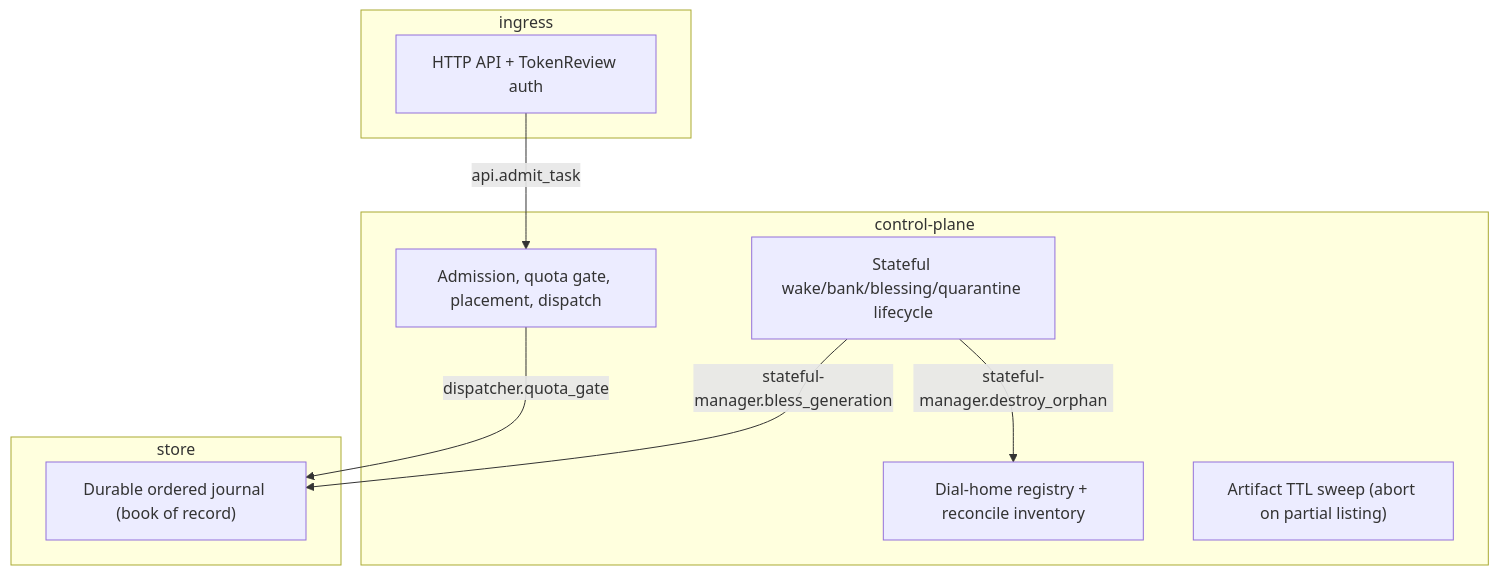
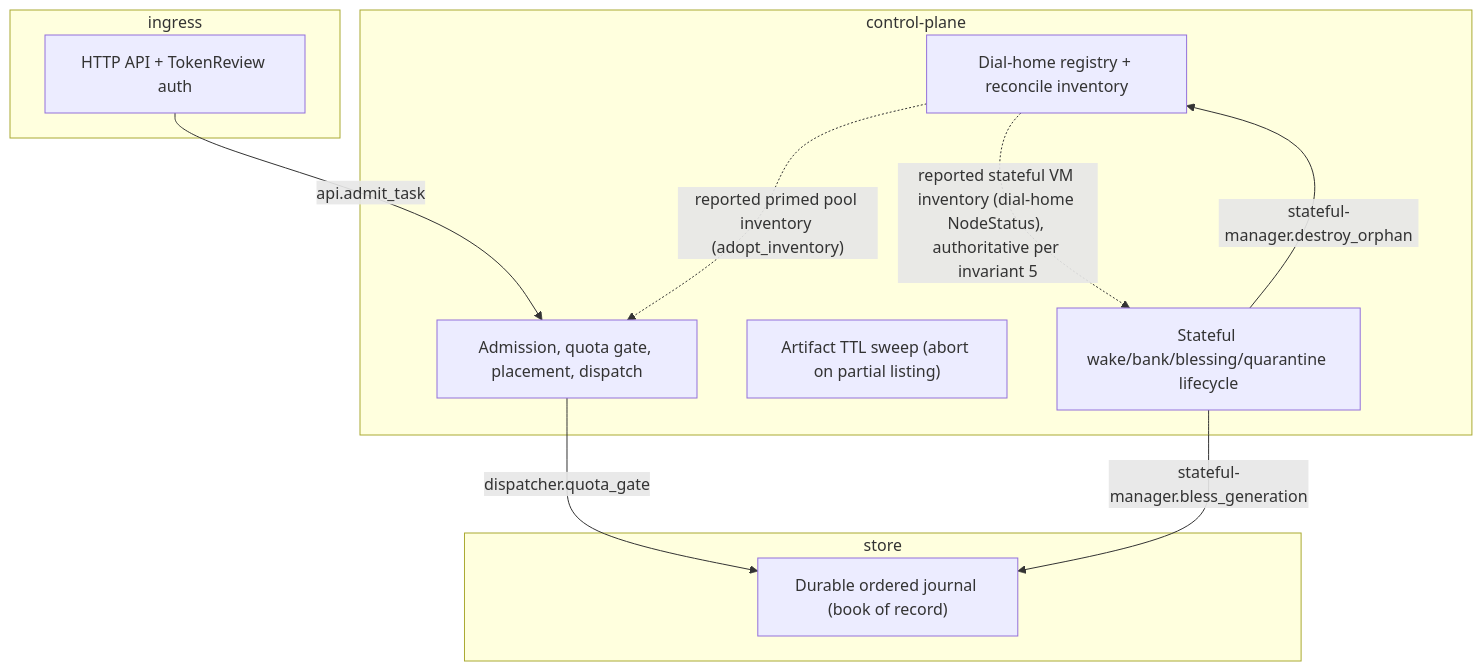
The first of 2 diagrams in projects/embervm/STPA.md (jomcgi-org/homelab), drawn with Mermaid before and after one commit. The commit also changed other lines of this file, not shown here.

````diff
--- a/projects/embervm/STPA.md
+++ b/projects/embervm/STPA.md
@@ -27,20 +27,21 @@
 ```mermaid
 flowchart TD
   subgraph control_plane["control-plane"]
     dispatcher["Admission, quota gate, placement, dispatch"]
     node-registry["Dial-home registry + reconcile inventory"]
     s3-warmth-gc["Artifact TTL sweep (abort on partial listing)"]
     stateful-manager["Stateful wake/bank/blessing/quarantine lifecycle"]
   end
   subgraph ingress["ingress"]
     api["HTTP API + TokenReview auth"]
   end
   subgraph store["store"]
     op-log["Durable ordered journal (book of record)"]
   end
   api -- "api.admit_task" --> dispatcher
   dispatcher -- "dispatcher.quota_gate" --> op-log
   stateful-manager -- "stateful-manager.bless_generation" --> op-log
   stateful-manager -- "stateful-manager.destroy_orphan" --> node-registry
-
+  node-registry -. "reported primed pool inventory (adopt_inventory)" .-> dispatcher
+  node-registry -. "reported stateful VM inventory (dial-home NodeStatus), authoritative per invariant 5" .-> stateful-manager
 ```
````
